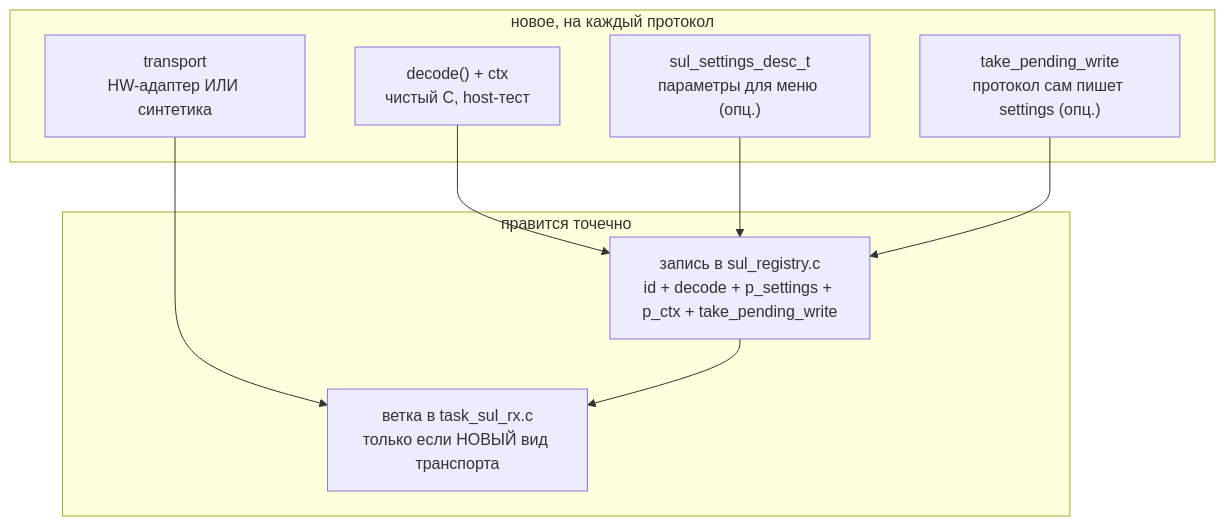
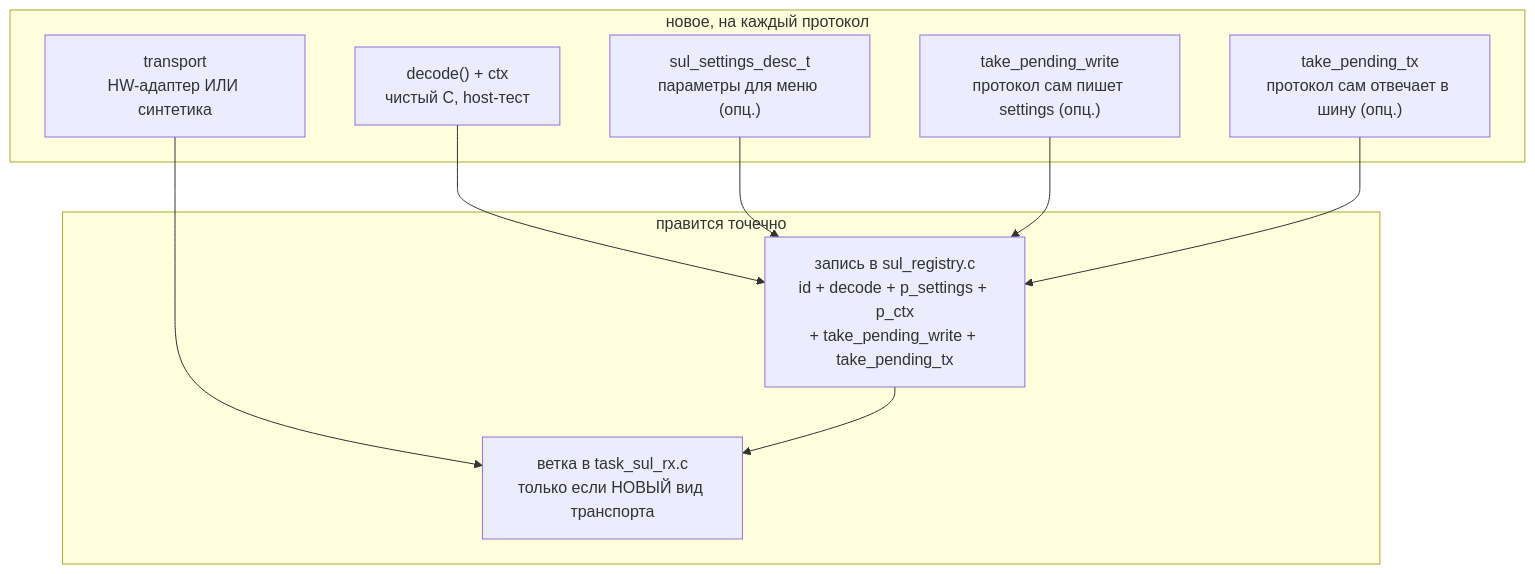
Before and after one commit to OSabuser/tft_manufacture_test: the diagram in docs/tft_app/ADDING_PROTOCOL.md, drawn with Mermaid. The commit also changed other lines of this file and 46 other files, not shown here.

````diff
--- a/docs/tft_app/ADDING_PROTOCOL.md
+++ b/docs/tft_app/ADDING_PROTOCOL.md
@@ -18,18 +18,20 @@
 ```mermaid
 flowchart TB
     subgraph NEW["новое, на каждый протокол"]
         DEC["decode() + ctx<br/>чистый C, host-тест"]
         DESC["sul_settings_desc_t<br/>параметры для меню (опц.)"]
         PW["take_pending_write<br/>протокол сам пишет settings (опц.)"]
+        TX["take_pending_tx<br/>протокол сам отвечает в шину (опц.)"]
         TR["transport<br/>HW-адаптер ИЛИ синтетика"]
     end
     subgraph SHARED["правится точечно"]
-        REG["запись в sul_registry.c<br/>id + decode + p_settings + p_ctx + take_pending_write"]
+        REG["запись в sul_registry.c<br/>id + decode + p_settings + p_ctx<br/>+ take_pending_write + take_pending_tx"]
         RX["ветка в task_sul_rx.c<br/>только если НОВЫЙ вид транспорта"]
     end
     DEC --> REG
     DESC --> REG
     PW --> REG
+    TX --> REG
     TR --> RX
     REG --> RX
 ```
````
